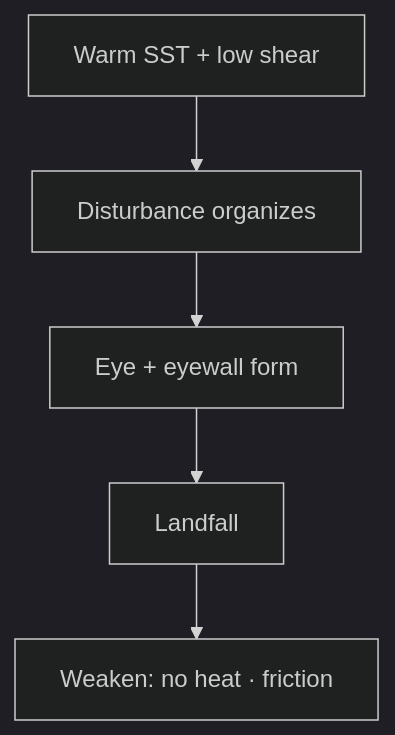
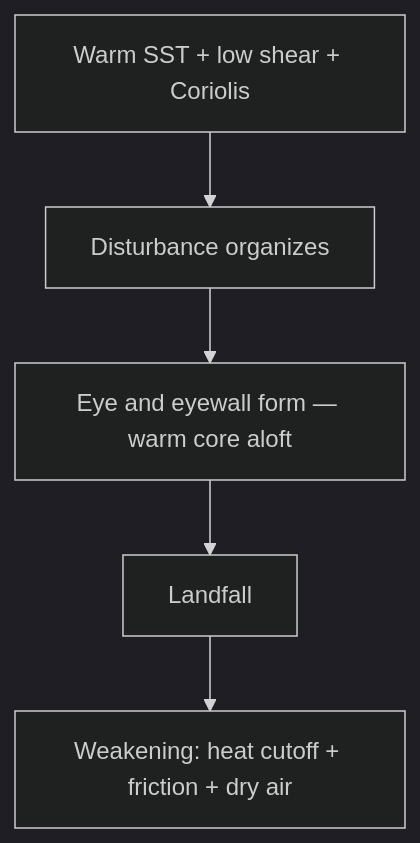
Before and after one commit to nitishpratap/UP-PCS: the diagram in mains-pyqs/GS-1/11_Physical_Geography/04_Cyclones.md, drawn with Mermaid (dark theme). The commit also changed other lines of this file and 97 other files, not shown here.

````diff
--- a/mains-pyqs/GS-1/11_Physical_Geography/04_Cyclones.md
+++ b/mains-pyqs/GS-1/11_Physical_Geography/04_Cyclones.md
@@ -91,7 +83,7 @@
 ```mermaid
 flowchart TD
-  W[Warm SST + low shear] --> D[Disturbance organizes]
-  D --> E[Eye + eyewall form]
+  W[Warm SST + low shear + Coriolis] --> D[Disturbance organizes]
+  D --> E[Eye and eyewall form — warm core aloft]
   E --> L[Landfall]
-  L --> X[Weaken: no heat · friction]
+  L --> X[Weakening: heat cutoff + friction + dry air]
 ```
````
